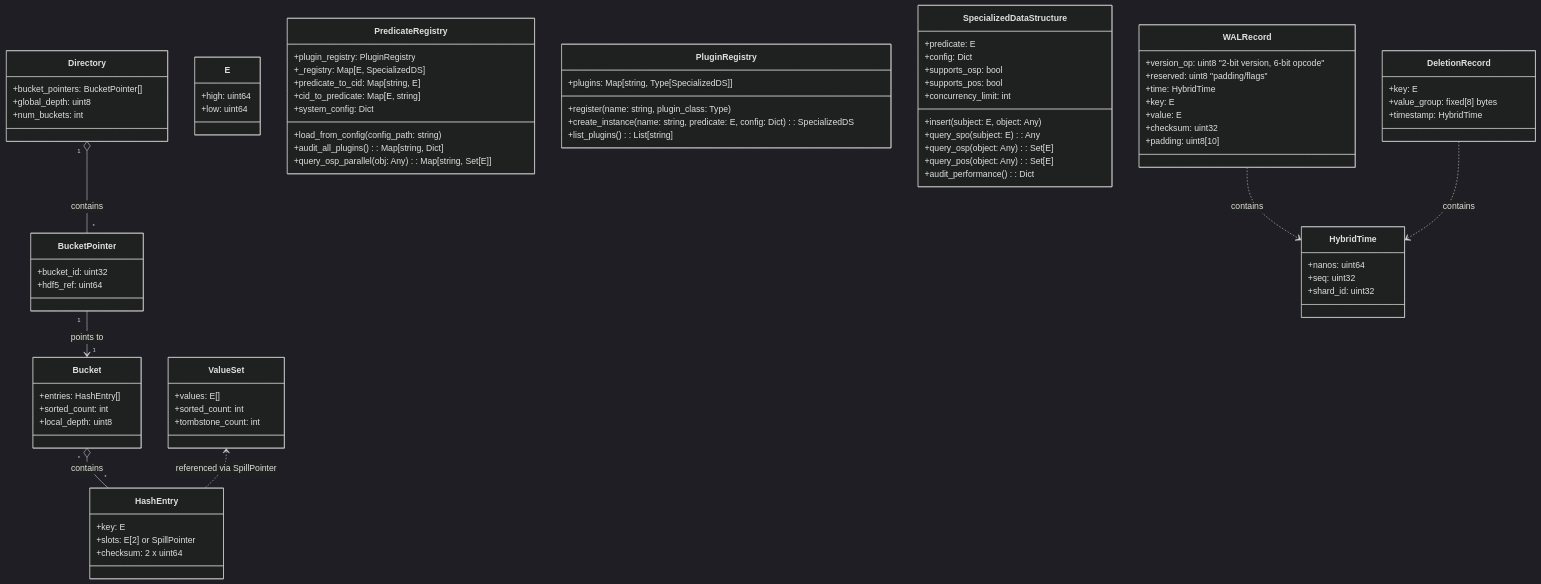
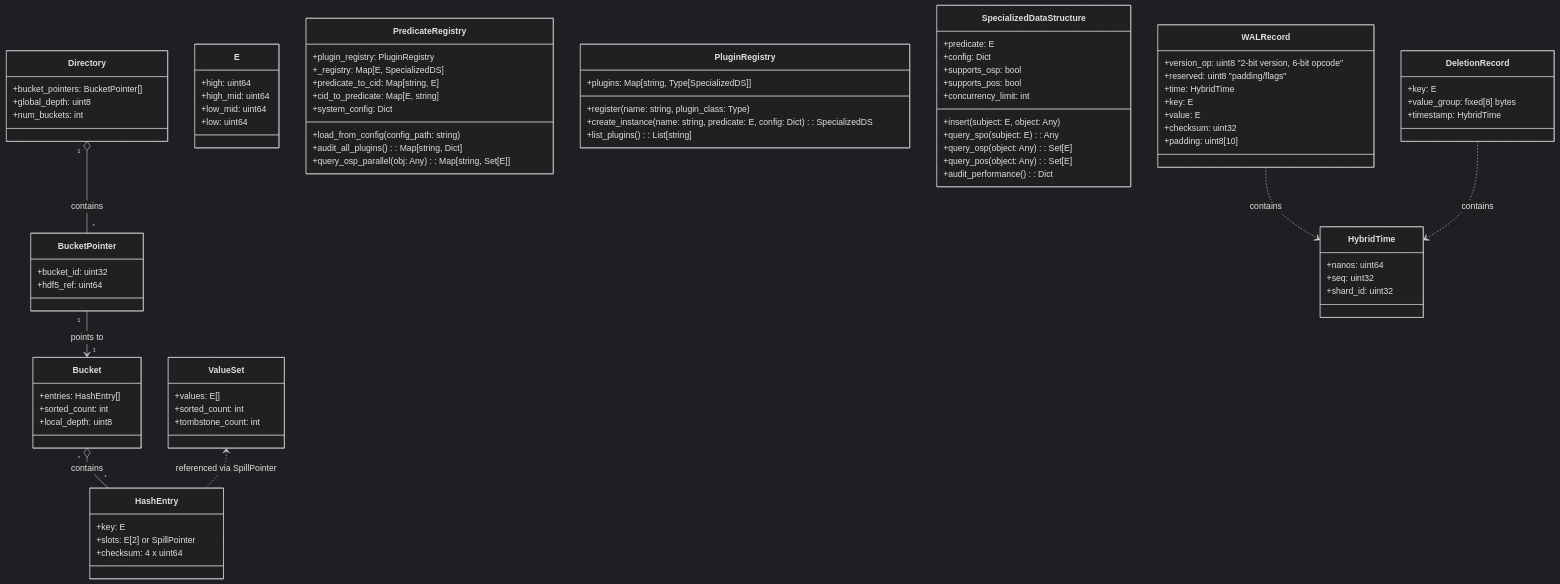
The first of 2 diagrams in docs/specs/spec02-Data Types and Structure.md (amogorkon/cidstore), drawn with Mermaid (dark theme) before and after one commit. The commit also changed other lines of this file and 21 other files, not shown here.

```diff
--- a/docs/specs/spec02-Data Types and Structure.md
+++ b/docs/specs/spec02-Data Types and Structure.md
@@ -23,7 +23,7 @@
     class HashEntry {
         +key: E
         +slots: E[2] or SpillPointer
-        +checksum: 2 x uint64
+        +checksum: 4 x uint64
     }
 
     class ValueSet {
@@ -34,6 +34,8 @@
 
     class E {
         +high: uint64
+        +high_mid: uint64
+        +low_mid: uint64
         +low: uint64
     }
 
```
